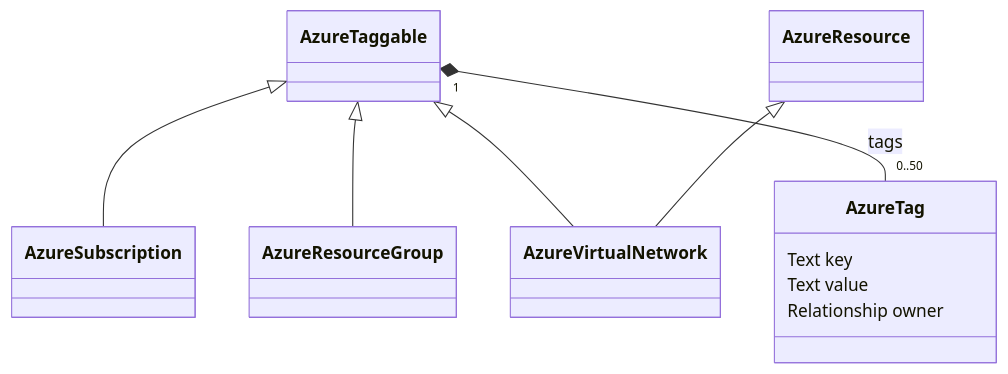
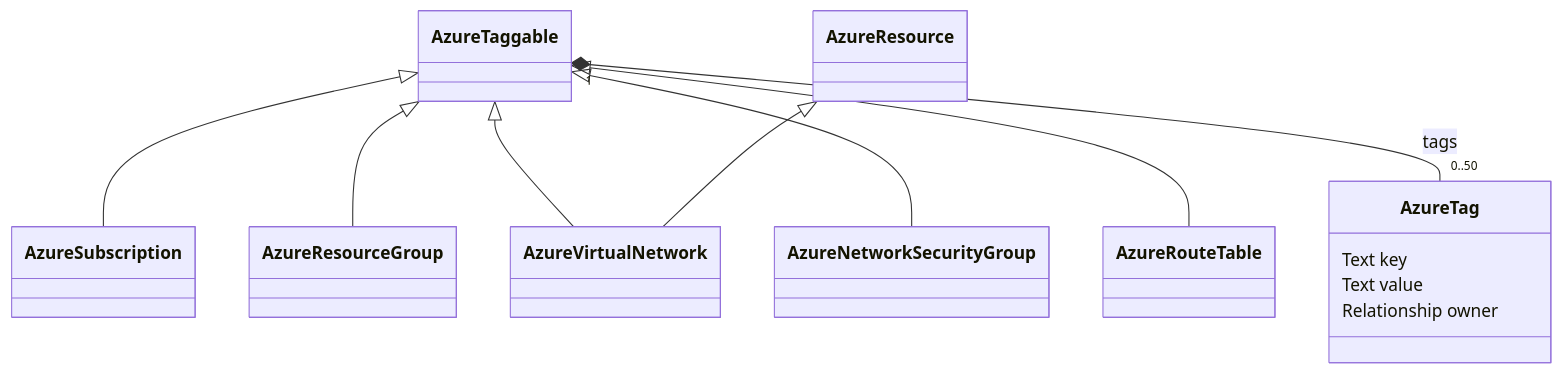
Before and after one commit to bwks/infrahub-provisioner: the diagram in README.md, drawn with Mermaid. The commit also changed other lines of this file and 7 other files, not shown here.

First line of the commit message:
Model Azure subnets and custom network policies

````diff
--- a/README.md
+++ b/README.md
@@ -720,13 +720,15 @@
 ```mermaid
 classDiagram
     AzureTaggable <|-- AzureSubscription
     AzureTaggable <|-- AzureResourceGroup
     AzureTaggable <|-- AzureVirtualNetwork
+    AzureTaggable <|-- AzureNetworkSecurityGroup
+    AzureTaggable <|-- AzureRouteTable
     AzureResource <|-- AzureVirtualNetwork
     AzureTaggable "1" *-- "0..50" AzureTag : tags
     class AzureTag {
         Text key
         Text value
         Relationship owner
     }
 ```
````
